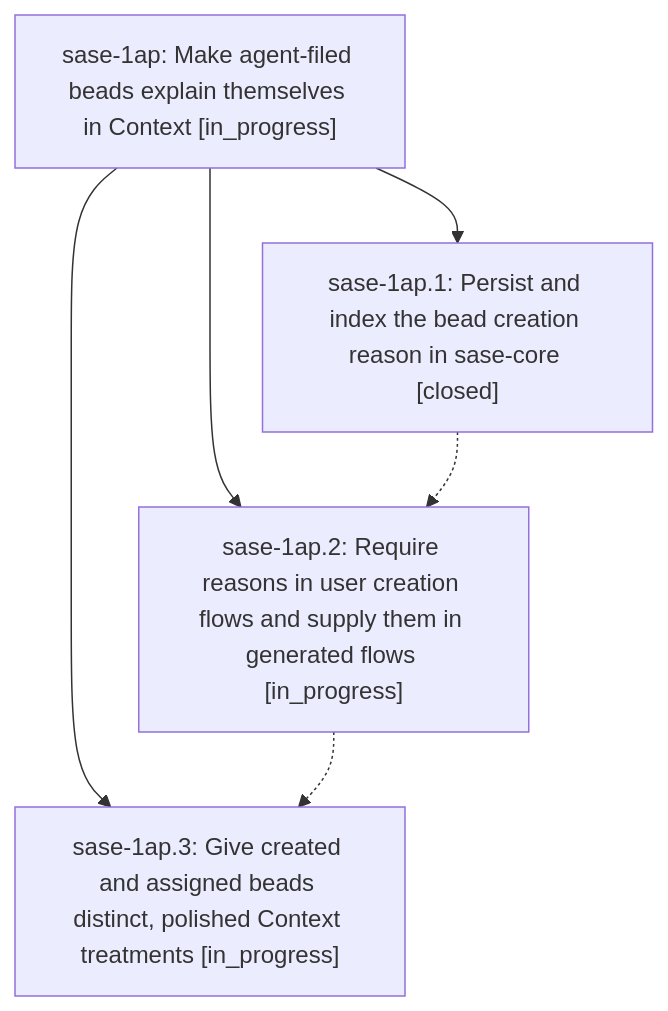
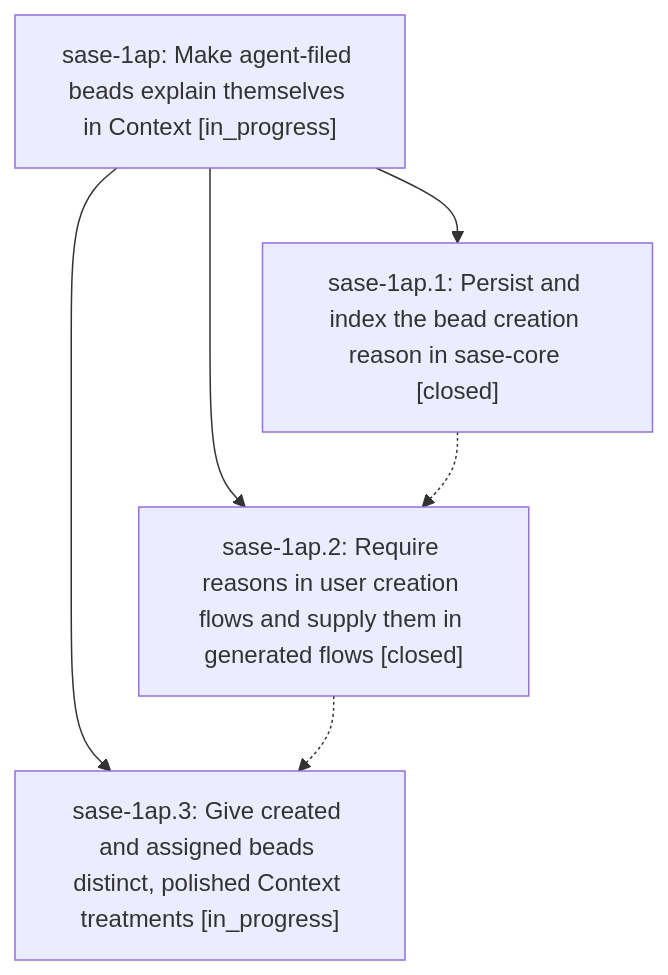
Before and after one commit to sase-org/sase--beads: the diagram in pages/sase-1ap/README.md, drawn with Mermaid. The commit also changed other lines of this file and 3 other files, not shown here.

````diff
--- a/pages/sase-1ap/README.md
+++ b/pages/sase-1ap/README.md
@@ -24,12 +24,12 @@
 ```mermaid
 flowchart TD
     n0["sase-1ap: Make agent-filed beads explain themselves in Context [in_progress]"]
     n1["sase-1ap.1: Persist and index the bead creation reason in sase-core [closed]"]
-    n2["sase-1ap.2: Require reasons in user creation flows and supply them in generated flows [in_progress]"]
+    n2["sase-1ap.2: Require reasons in user creation flows and supply them in generated flows [closed]"]
     n3["sase-1ap.3: Give created and assigned beads distinct, polished Context treatments [in_progress]"]
     n0 --> n1
     n0 --> n2
     n0 --> n3
     n1 -.-> n2
     n2 -.-> n3
 ```
````
